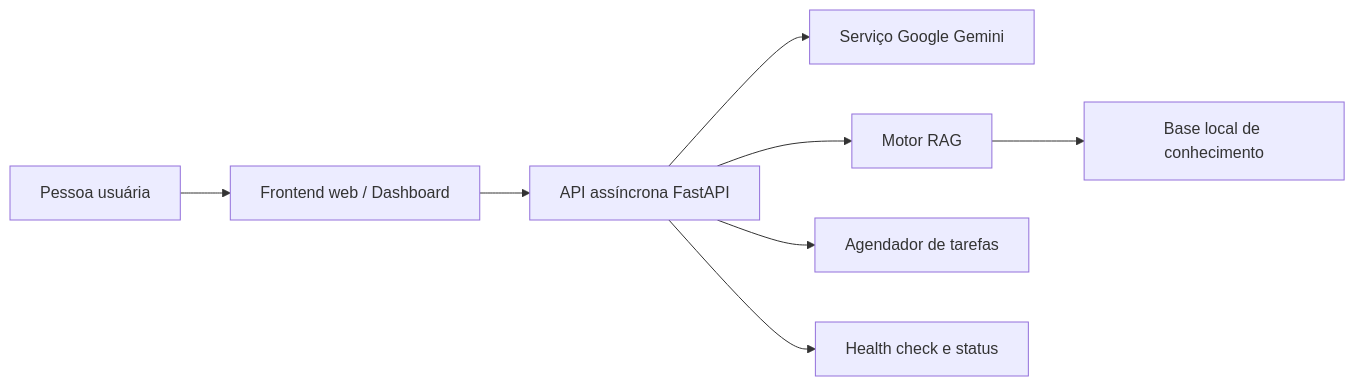
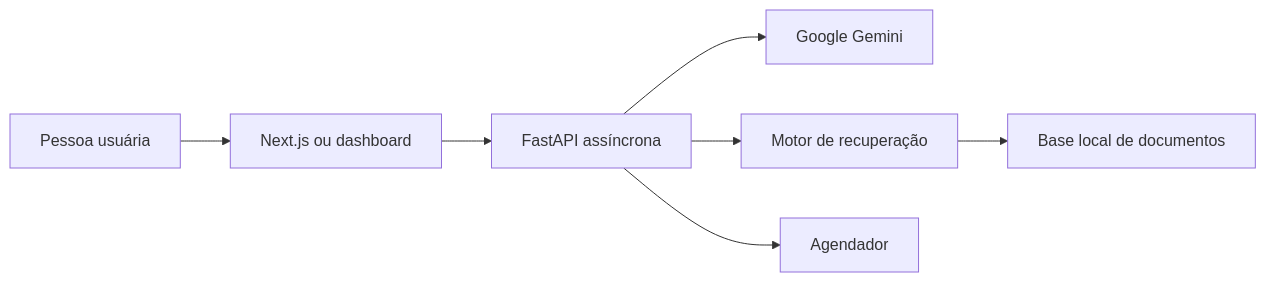
One commit to guitriloco/imperio-mutante-v1 changed the diagram in README.md. Above: the diagram before and after it, drawn with Mermaid. The commit also changed other lines of this file, not shown here.

````diff
--- a/README.md
+++ b/README.md
@@ -54,10 +57,9 @@
 ```mermaid
 flowchart LR
-    User[Pessoa usuária] --> Web[Frontend web / Dashboard]
-    Web --> API[API assíncrona FastAPI]
-    API --> Gen[Serviço Google Gemini]
-    API --> RAG[Motor RAG]
-    RAG --> Docs[Base local de conhecimento]
-    API --> Jobs[Agendador de tarefas]
-    API --> Health[Health check e status]
+    Person[Pessoa usuária] --> UI[Next.js ou dashboard]
+    UI --> API[FastAPI assíncrona]
+    API --> Gemini[Google Gemini]
+    API --> RAG[Motor de recuperação]
+    RAG --> Knowledge[Base local de documentos]
+    API --> Scheduler[Agendador]
 ```
````
